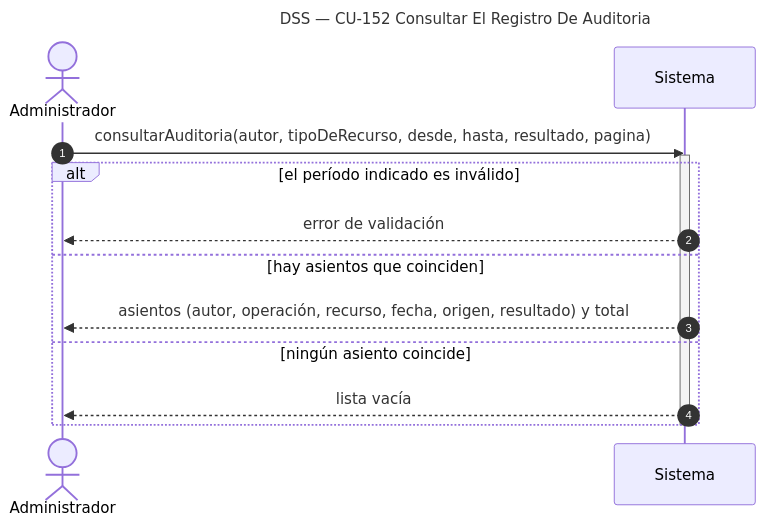
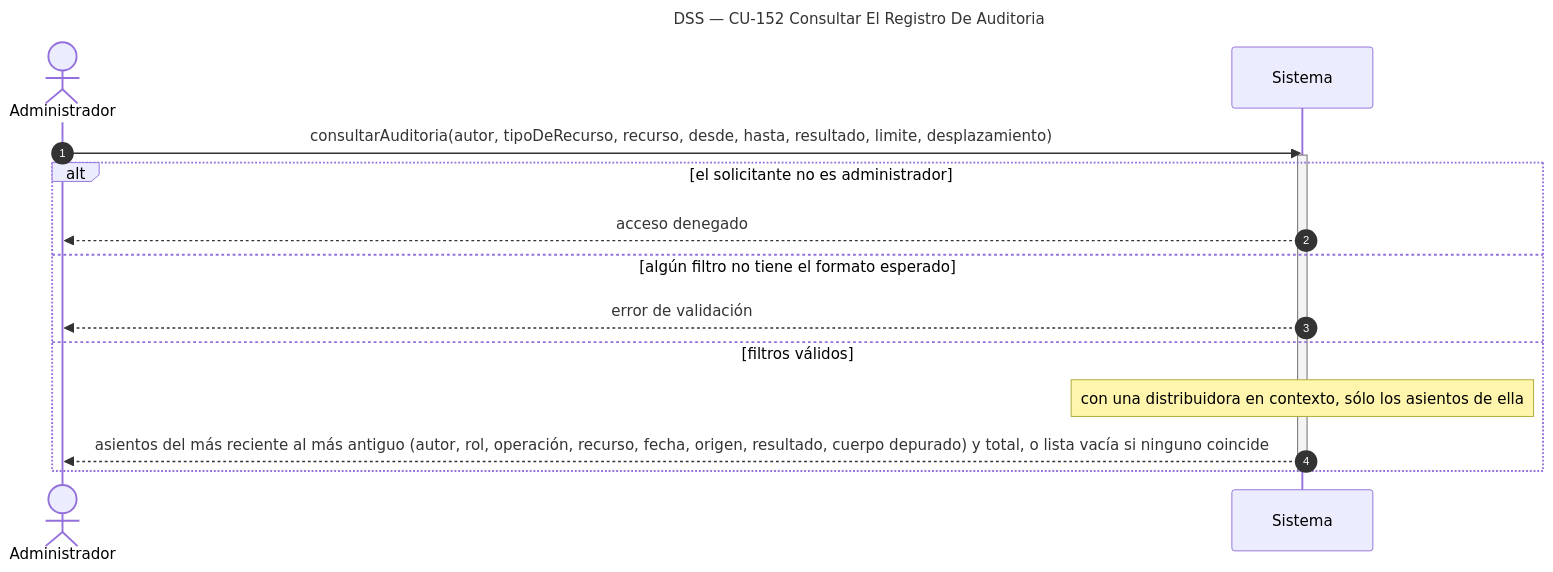
Before and after one commit to Nahuelito-Dev/splg-docs: the diagram in diagramas/DSS_CU-152_Consultar-El-Registro-De-Auditoria.mmd, drawn with Mermaid. The commit also changed 15 other files, not shown here.

```diff
--- a/diagramas/DSS_CU-152_Consultar-El-Registro-De-Auditoria.mmd
+++ b/diagramas/DSS_CU-152_Consultar-El-Registro-De-Auditoria.mmd
@@ -1,16 +1,17 @@
 sequenceDiagram
     title DSS — CU-152 Consultar El Registro De Auditoria
     autonumber
     actor ADM as Administrador
     participant SIS as Sistema
 
-    ADM->>SIS: consultarAuditoria(autor, tipoDeRecurso, desde, hasta, resultado, pagina)
+    ADM->>SIS: consultarAuditoria(autor, tipoDeRecurso, recurso, desde, hasta, resultado, limite, desplazamiento)
     activate SIS
-    alt el período indicado es inválido
+    alt el solicitante no es administrador
+        SIS-->>ADM: acceso denegado
+    else algún filtro no tiene el formato esperado
         SIS-->>ADM: error de validación
-    else hay asientos que coinciden
-        SIS-->>ADM: asientos (autor, operación, recurso, fecha, origen, resultado) y total
-    else ningún asiento coincide
-        SIS-->>ADM: lista vacía
+    else filtros válidos
+        Note over SIS: con una distribuidora en contexto, sólo los asientos de ella
+        SIS-->>ADM: asientos del más reciente al más antiguo (autor, rol, operación, recurso, fecha, origen, resultado, cuerpo depurado) y total, o lista vacía si ninguno coincide
     end
     deactivate SIS
```
